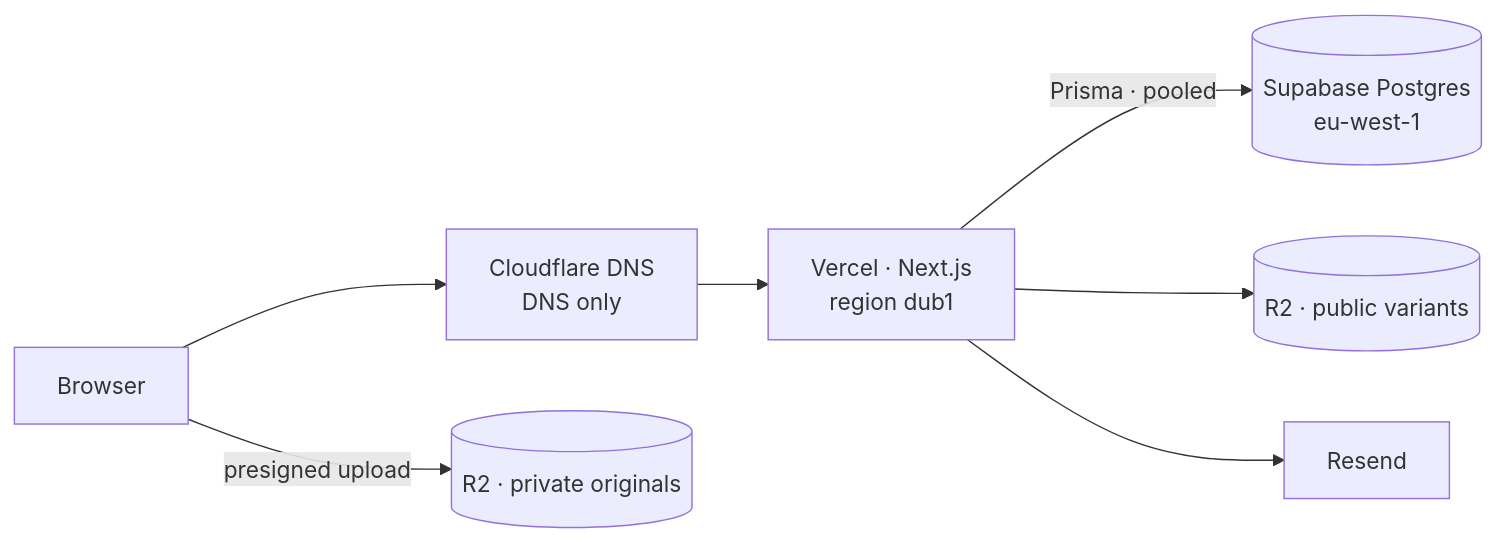
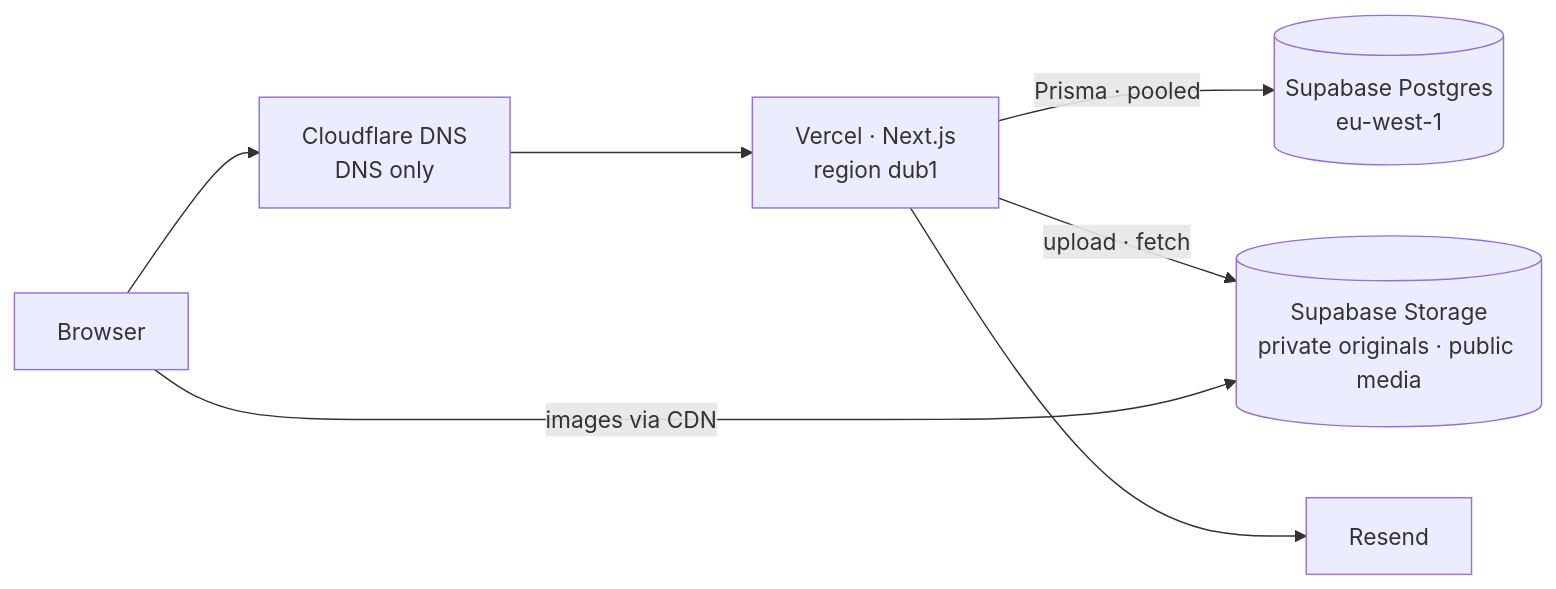
One commit to MSolarMP/Portfolio changed the diagram in README.md. Above: the diagram before and after it, drawn with Mermaid. The commit also changed other lines of this file and 20 other files, not shown here.

Commit message:
-changes from aws R2 cloudflare to supabase storage for media.

````diff
--- a/README.md
+++ b/README.md
@@ -79,9 +79,9 @@
 ```mermaid
 flowchart LR
   V[Browser] --> CF[Cloudflare DNS<br/>DNS only]
   CF --> VC[Vercel · Next.js<br/>region dub1]
   VC -->|Prisma · pooled| DB[(Supabase Postgres<br/>eu-west-1)]
-  V -->|presigned upload| R2O[(R2 · private originals)]
-  VC --> R2P[(R2 · public variants)]
+  VC -->|upload · fetch| ST[(Supabase Storage<br/>private originals · public media)]
+  V -->|images via CDN| ST
   VC --> MAIL[Resend]
 ```
````
